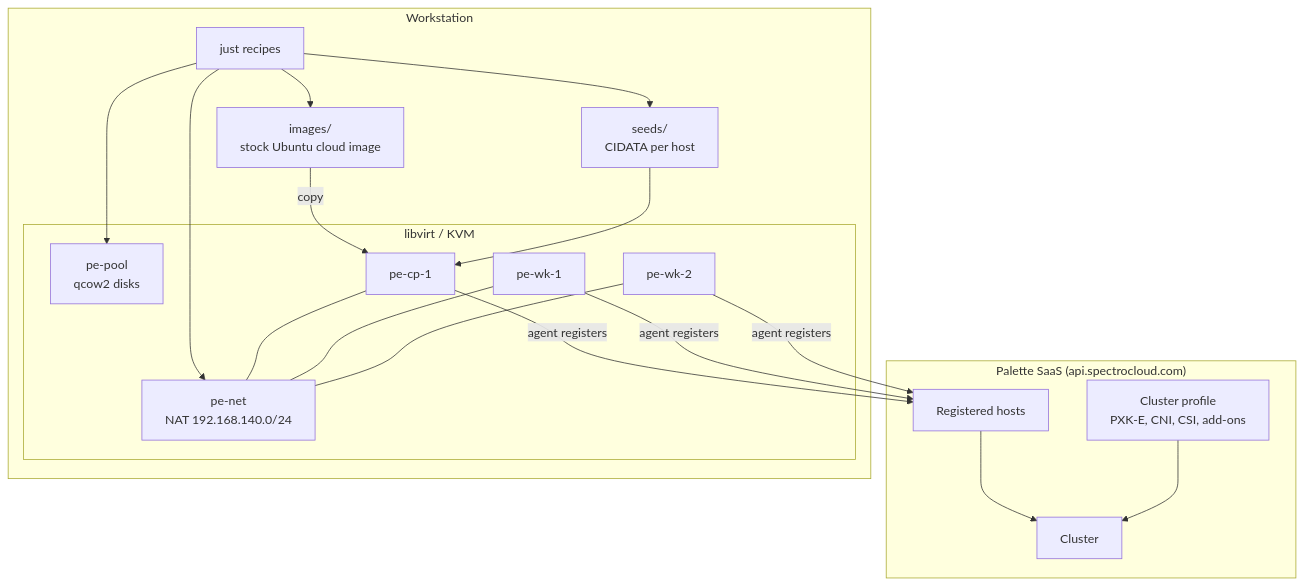
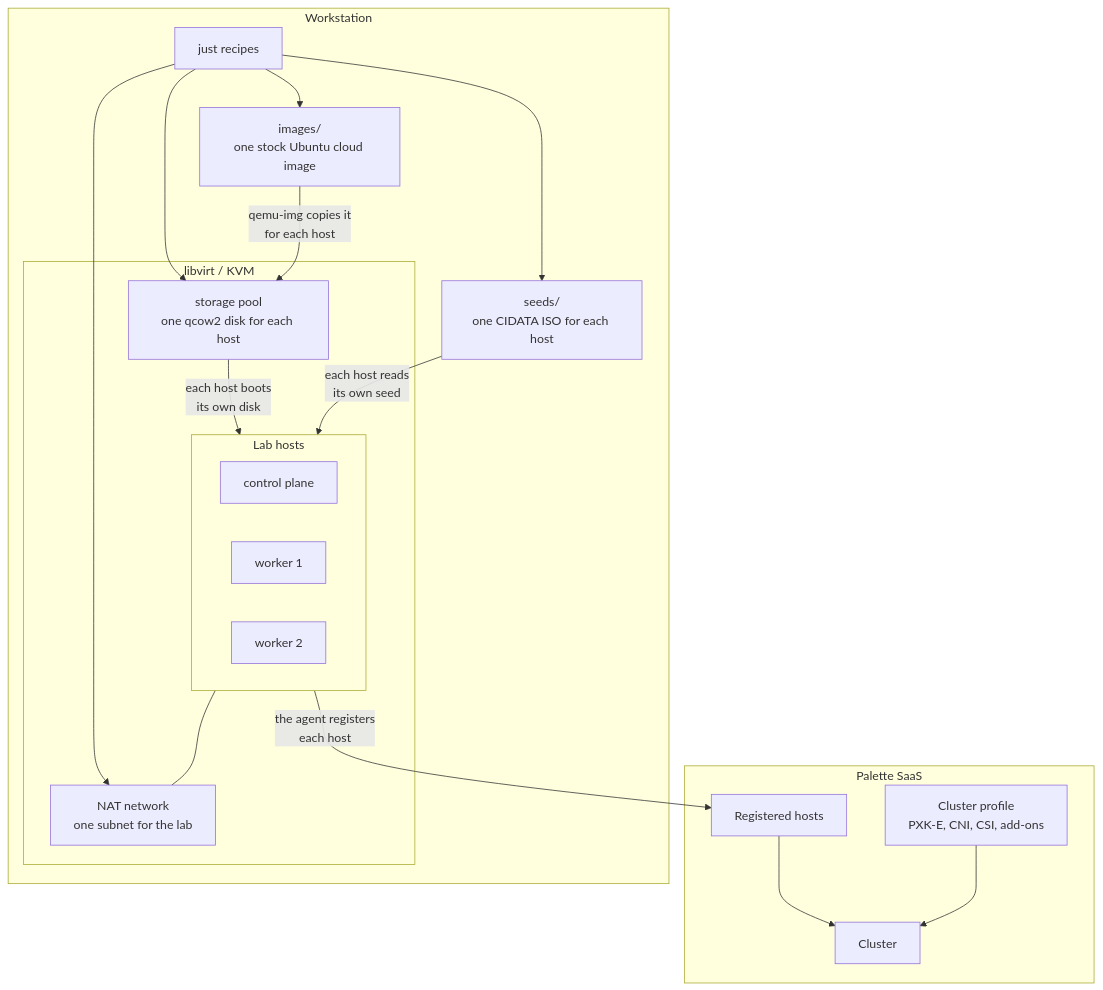
The first of 2 diagrams in docs/src/architecture.md (como-technologies/palette-edge-libvirt), drawn with Mermaid before and after one commit. The commit also changed other lines of this file and 5 other files, not shown here.

````diff
--- a/docs/src/architecture.md
+++ b/docs/src/architecture.md
@@ -11,36 +11,35 @@
 ```mermaid
 flowchart TB
-    subgraph SaaS["Palette SaaS (api.spectrocloud.com)"]
+    subgraph SaaS["Palette SaaS"]
         PROF["Cluster profile<br/>PXK-E, CNI, CSI, add-ons"]
-        HOSTS["Registered hosts"]
+        REG["Registered hosts"]
         CLU["Cluster"]
     end
 
     subgraph WS["Workstation"]
         JUST["just recipes"]
-        IMG["images/<br/>stock Ubuntu cloud image"]
-        SEED["seeds/<br/>CIDATA per host"]
+        IMG["images/<br/>one stock Ubuntu cloud image"]
+        SEED["seeds/<br/>one CIDATA ISO for each host"]
         subgraph LV["libvirt / KVM"]
-            NET["pe-net<br/>NAT 192.168.140.0/24"]
-            POOL["pe-pool<br/>qcow2 disks"]
-            CP["pe-cp-1"]
-            WK1["pe-wk-1"]
-            WK2["pe-wk-2"]
+            NET["NAT network<br/>one subnet for the lab"]
+            POOL["storage pool<br/>one qcow2 disk for each host"]
+            subgraph VMS["Lab hosts"]
+                CP["control plane"]
+                WK1["worker 1"]
+                WK2["worker 2"]
+            end
         end
     end
 
+    JUST --> IMG
+    JUST --> SEED
     JUST --> NET
     JUST --> POOL
-    JUST --> IMG
-    JUST --> SEED
-    IMG -->|copy| CP
-    SEED --> CP
-    CP --- NET
-    WK1 --- NET
-    WK2 --- NET
-    CP -->|agent registers| HOSTS
-    WK1 -->|agent registers| HOSTS
-    WK2 -->|agent registers| HOSTS
-    HOSTS --> CLU
+    IMG -->|"qemu-img copies it<br/>for each host"| POOL
+    POOL -->|"each host boots<br/>its own disk"| VMS
+    SEED -->|"each host reads<br/>its own seed"| VMS
+    VMS --- NET
+    VMS -->|"the agent registers<br/>each host"| REG
+    REG --> CLU
     PROF --> CLU
 ```
````
